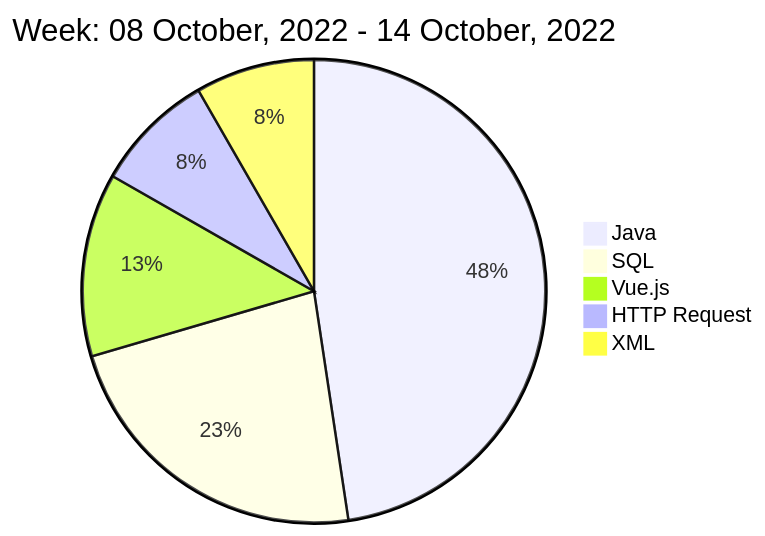
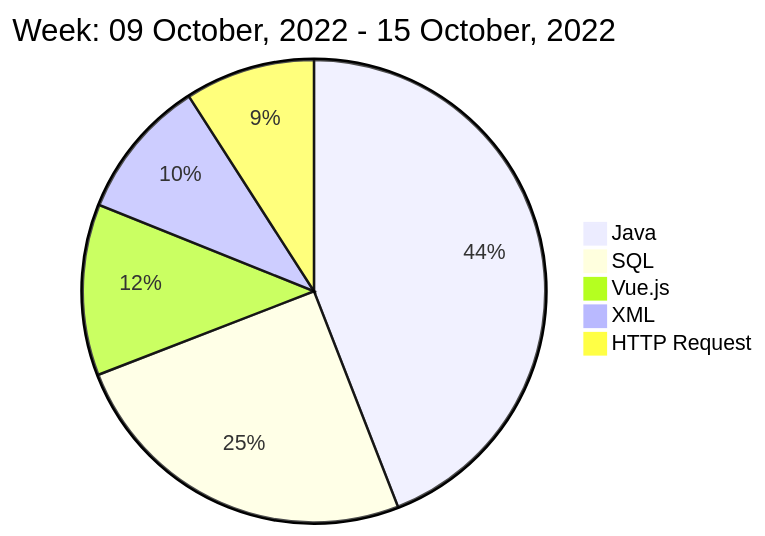
One commit to liubin95/liubin95 changed the diagram in README.md. Above: the diagram before and after it, drawn with Mermaid.

Commit message:
Updated the Graph with new Metrics

````diff
--- a/README.md
+++ b/README.md
@@ -40,9 +40,9 @@
 ```mermaid
  pie
-title Week: 08 October, 2022 - 14 October, 2022
- "Java" : 12.72
- "SQL" : 6.1
- "Vue.js" : 3.42
- "HTTP Request" : 2.25
+title Week: 09 October, 2022 - 15 October, 2022
+ "Java" : 9.95
+ "SQL" : 5.65
+ "Vue.js" : 2.7
  "XML" : 2.22
+ "HTTP Request" : 2.05
 ```
````
